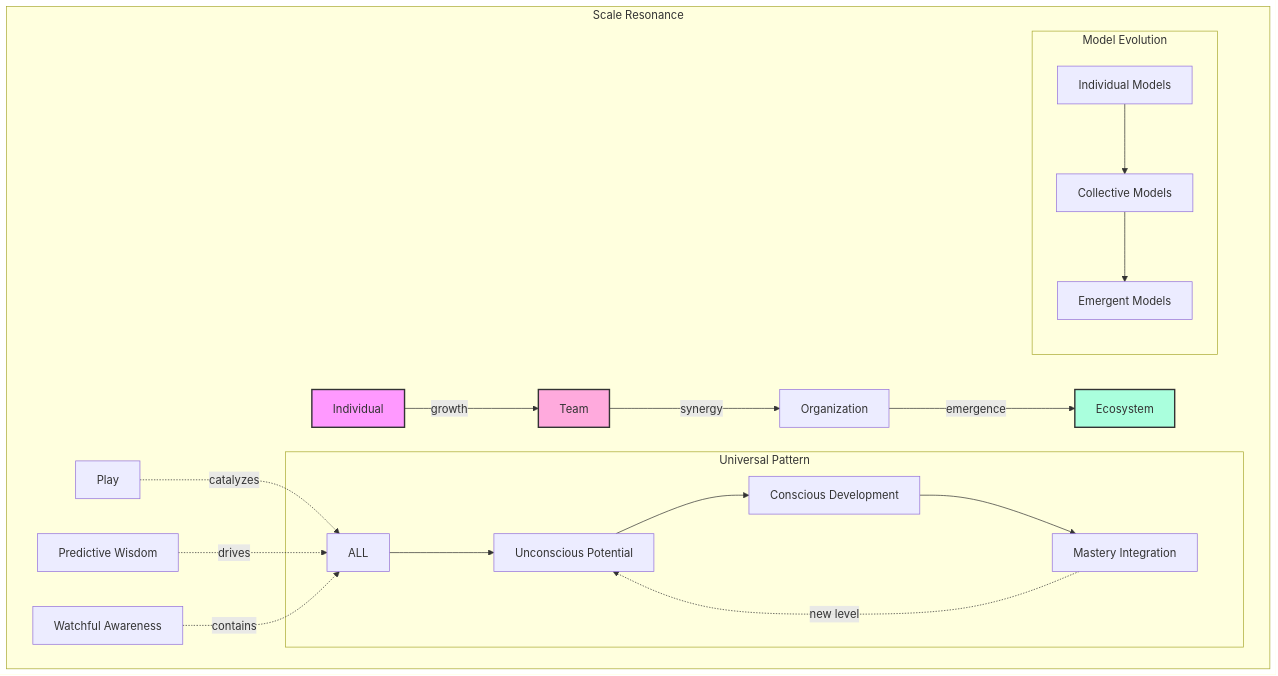
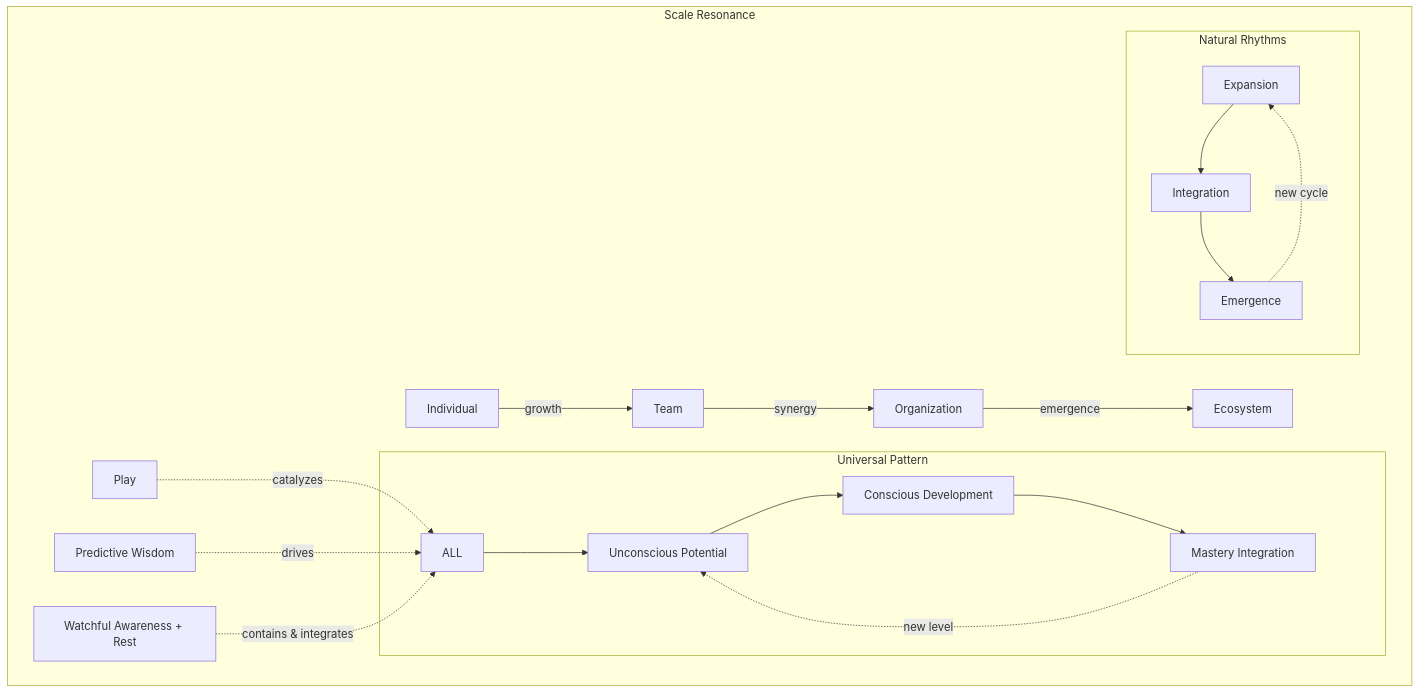
The fourth of 53 diagrams in README.md (phillipclapham/neuroweaver), drawn with Mermaid before and after one commit. The commit also changed other lines of this file, not shown here.

````diff
--- a/README.md
+++ b/README.md
@@ -280,28 +239,25 @@
 ```mermaid
 graph TD
     subgraph "Scale Resonance"
         I[Individual] -->|growth| T[Team]
         T -->|synergy| O[Organization]
         O -->|emergence| E[Ecosystem]
 
         Play[Play] -.->|catalyzes| ALL
         PW[Predictive Wisdom] -.->|drives| ALL
-        WA[Watchful Awareness] -.->|contains| ALL
+        WA_R[Watchful Awareness + Rest] -.->|contains & integrates| ALL
 
         subgraph "Universal Pattern"
             ALL --> U[Unconscious Potential]
             U --> C[Conscious Development]
             C --> M[Mastery Integration]
             M -.->|new level| U
         end
 
-        subgraph "Model Evolution"
-            MM1[Individual Models] --> MM2[Collective Models]
-            MM2 --> MM3[Emergent Models]
+        subgraph "Natural Rhythms"
+            MM1[Expansion] --> MM2[Integration]
+            MM2 --> MM3[Emergence]
+            MM3 -.->|new cycle| MM1
         end
     end
-
-    style I fill:#f9f,stroke:#333,stroke-width:2px
-    style T fill:#fad,stroke:#333,stroke-width:2px
-    style E fill:#afd,stroke:#333,stroke-width:2px
 ```
````
